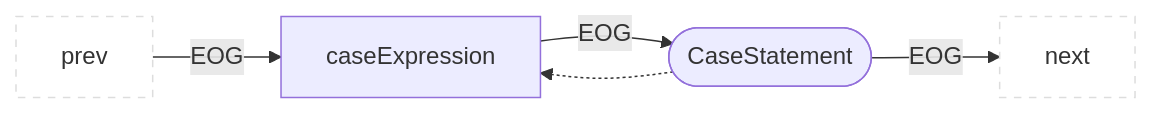
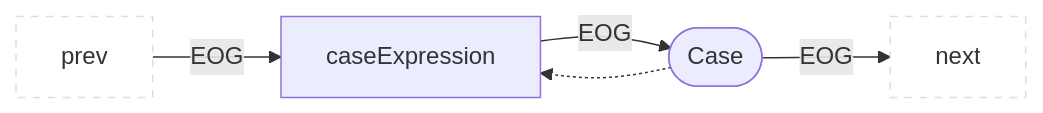
Diagram 41 of 49 in docs/docs/CPG/specs/eog.md (Fraunhofer-AISEC/cpg), drawn with Mermaid before and after one commit. The commit also changed other lines of this file and 99 other files, not shown here.

````diff
--- a/docs/docs/CPG/specs/eog.md
+++ b/docs/docs/CPG/specs/eog.md
@@ -836,9 +836,9 @@
 ```mermaid
 flowchart LR
   classDef outer fill:#fff,stroke:#ddd,stroke-dasharray:5 5;
   prev:::outer --EOG--> child["caseExpression"]
   child --EOG--> parent
-  parent(["CaseStatement"]) --EOG--> next:::outer
+  parent(["Case"]) --EOG--> next:::outer
   parent -.-> child
 
 ```
````
